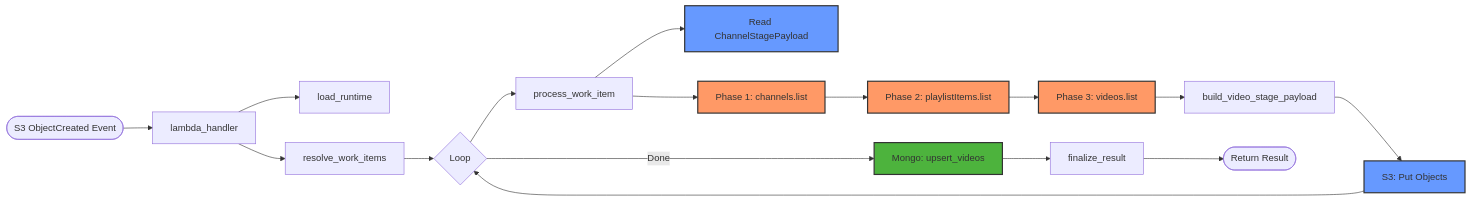
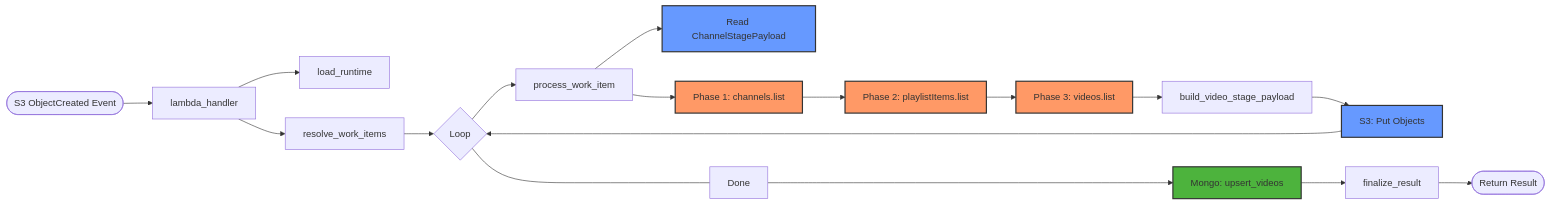
Before and after one commit to kaushalkrishna2000/youtube-bot-analytics: the first of 3 diagrams in video_lambda/README.md, drawn with Mermaid. The commit also changed other lines of this file and 3 other files, not shown here.

Commit message:
Standardize flowchart notation in README files across all Lambda components.

````diff
--- a/video_lambda/README.md
+++ b/video_lambda/README.md
@@ -7,24 +7,24 @@
 ```mermaid
 graph LR
     Start([S3 ObjectCreated Event]) --> LH[lambda_handler]
     LH --> LR[load_runtime]
     LH --> RWI[resolve_work_items]
     RWI --> Loop{Loop}
     Loop --> PWI[process_work_item]
     PWI --> RS3[Read ChannelStagePayload]:::s3
     PWI --> YT1[Phase 1: channels.list]:::youtube
     YT1 --> YT2[Phase 2: playlistItems.list]:::youtube
     YT2 --> YT3[Phase 3: videos.list]:::youtube
     YT3 --> BVSP[build_video_stage_payload]
     BVSP --> WS3[S3: Put Objects]:::s3
     WS3 --> Loop
     
     %% Termination path at the bottom
-    Loop -- Done ----> MW[Mongo: upsert_videos]:::mongodb
+    Loop ---- Done ----> MW[Mongo: upsert_videos]:::mongodb
     MW --> FR[finalize_result]
     FR --> End([Return Result])
 
     classDef youtube fill:#f96,stroke:#333,stroke-width:2px;
     classDef s3 fill:#69f,stroke:#333,stroke-width:2px;
     classDef mongodb fill:#4db33d,stroke:#333,stroke-width:2px;
 ```
````
